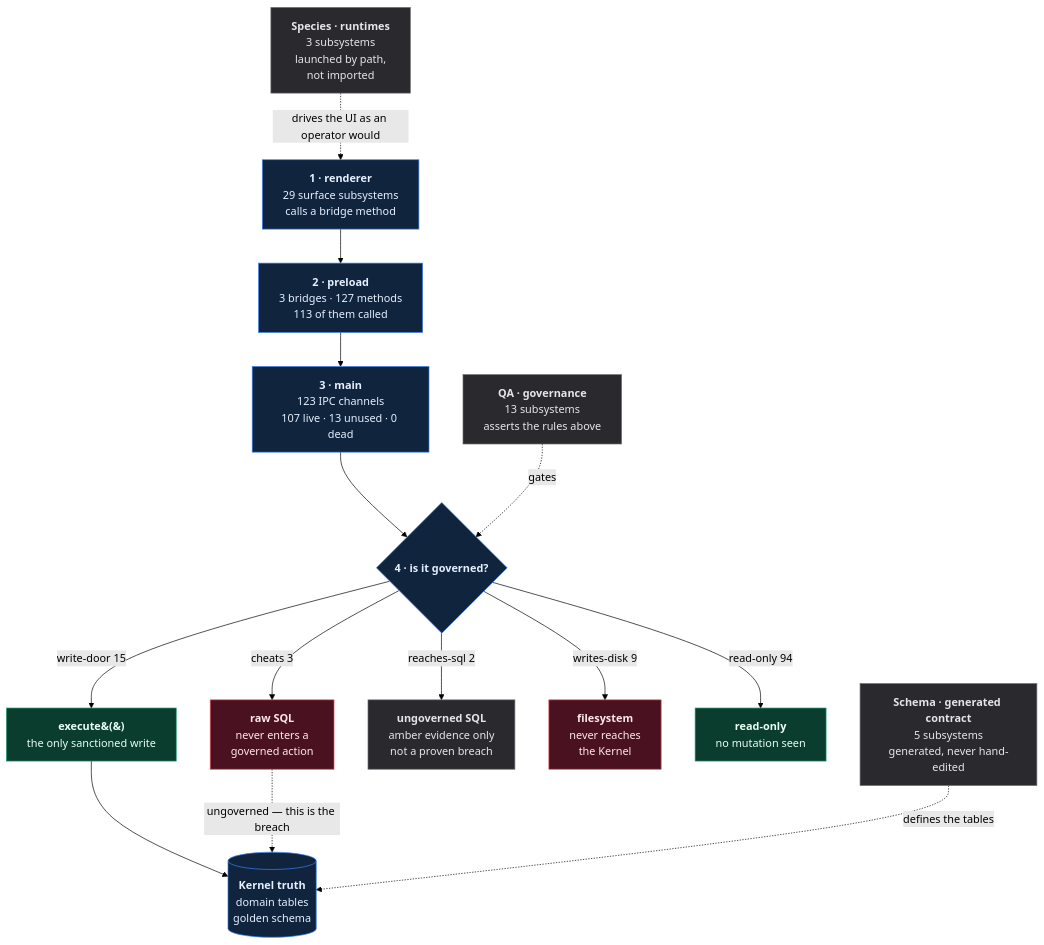
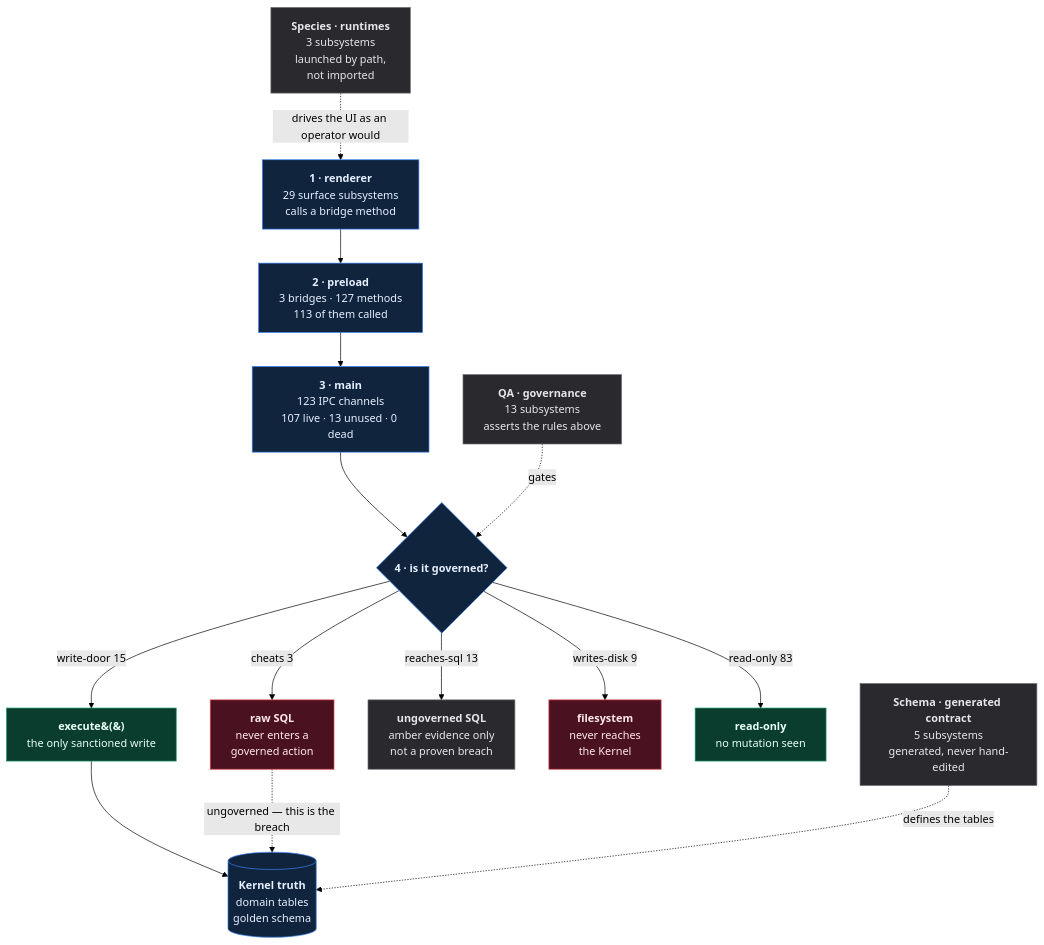
The diagram in qf-atlas/ATLAS.md (SidNig21/QuantFlow-Ontology), drawn with Mermaid (forest theme) before and after one commit. The commit also changed other lines of this file and 11 other files, not shown here.

````diff
--- a/qf-atlas/ATLAS.md
+++ b/qf-atlas/ATLAS.md
@@ -32,38 +32,38 @@
 ```mermaid
 flowchart TD
   R["<b>1 · renderer</b><br/>29 surface subsystems<br/>calls a bridge method"]
   P["<b>2 · preload</b><br/>3 bridges · 127 methods<br/>113 of them called"]
   M["<b>3 · main</b><br/>123 IPC channels<br/>107 live · 13 unused · 0 dead"]
   H{"<b>4 · is it governed?</b>"}
   E["<b>execute&#40;&#41;</b><br/>the only sanctioned write"]
   DB[("<b>Kernel truth</b><br/>domain tables<br/>golden schema")]
 
   R --> P --> M --> H
   H -->|"write-door 15"| E
   E --> DB
   X["<b>raw SQL</b><br/>never enters a<br/>governed action"]
   H -->|"cheats 3"| X
   A["<b>ungoverned SQL</b><br/>amber evidence only<br/>not a proven breach"]
-  H -->|"reaches-sql 2"| A
+  H -->|"reaches-sql 13"| A
   FS["<b>filesystem</b><br/>never reaches<br/>the Kernel"]
   H -->|"writes-disk 9"| FS
   RO["<b>read-only</b><br/>no mutation seen"]
-  H -->|"read-only 94"| RO
+  H -->|"read-only 83"| RO
   X -.->|"ungoverned — this is the breach"| DB
 
   QA["<b>QA · governance</b><br/>13 subsystems<br/>asserts the rules above"]
   SP["<b>Species · runtimes</b><br/>3 subsystems<br/>launched by path,<br/>not imported"]
   SC["<b>Schema · generated contract</b><br/>5 subsystems<br/>generated, never hand-edited"]
   QA -.->|"gates"| H
   SC -.->|"defines the tables"| DB
   SP -.->|"drives the UI as an operator would"| R
 
   classDef good fill:#0b3d2e,stroke:#1f9d6b,color:#e8fff5
   classDef bad fill:#4a1220,stroke:#e5484d,color:#ffe8ea
   classDef gray fill:#2a2a2e,stroke:#6b6b73,color:#e6e6ea
   classDef truth fill:#10243d,stroke:#3b82f6,color:#e6f0ff
   class E,RO good
   class X,FS bad
   class A,QA,SP,SC gray
   class DB,R,P,M,H truth
 ```
````
